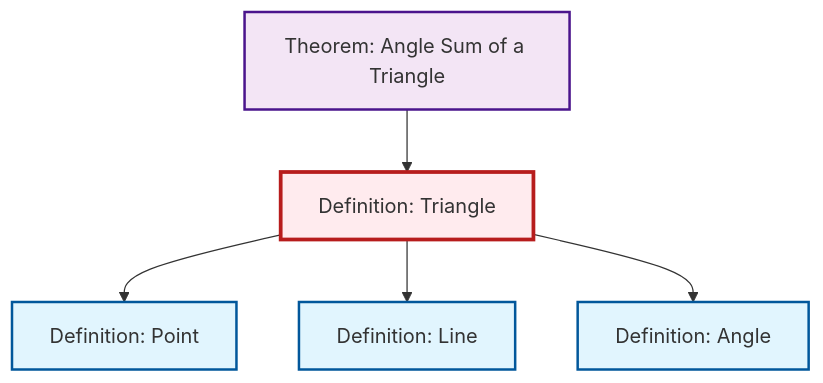
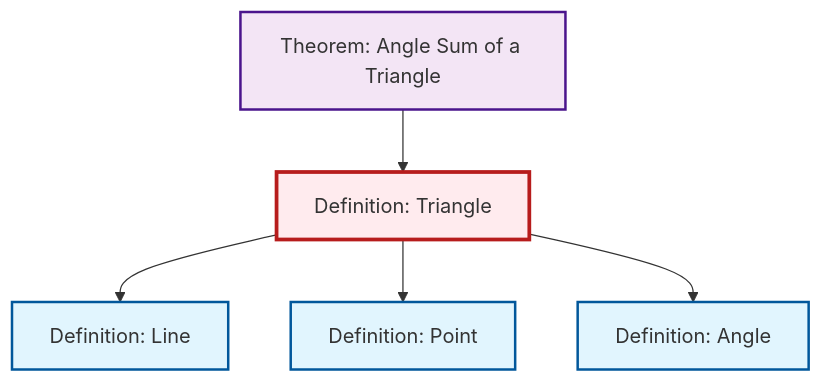
One commit to RK0429/ModernMath changed the diagram in content/en/geometry/def-triangle.qmd. Above: the diagram before and after it, drawn with Mermaid. The commit also changed other lines of this file and 615 other files, not shown here.

````diff
--- a/content/en/geometry/def-triangle.qmd
+++ b/content/en/geometry/def-triangle.qmd
@@ -59,23 +59,23 @@
 ```{mermaid}
 %%| fig-cap: "Local dependency graph"
 graph TD
     classDef definition fill:#e1f5fe,stroke:#01579b,stroke-width:2px
     classDef theorem fill:#f3e5f5,stroke:#4a148c,stroke-width:2px
     classDef axiom fill:#fff3e0,stroke:#e65100,stroke-width:2px
     classDef example fill:#e8f5e9,stroke:#1b5e20,stroke-width:2px
     classDef current fill:#ffebee,stroke:#b71c1c,stroke-width:3px
+    def-line["Definition: Line"]:::definition
     def-triangle["Definition: Triangle"]:::definition
-    def-point["Definition: Point"]:::definition
-    def-line["Definition: Line"]:::definition
     thm-angle-sum-triangle["Theorem: Angle Sum of a Triangle"]:::theorem
     def-angle["Definition: Angle"]:::definition
+    def-point["Definition: Point"]:::definition
+    def-triangle --> def-line
+    thm-angle-sum-triangle --> def-triangle
     def-triangle --> def-point
-    def-triangle --> def-line
     def-triangle --> def-angle
-    thm-angle-sum-triangle --> def-triangle
     class def-triangle current
-    click def-point "def-point.html" "Go to Point definition"
     click def-line "def-line.html" "Go to Line definition"
     click thm-angle-sum-triangle "thm-angle-sum-triangle.html" "Go to Angle Sum of a Triangle theorem"
     click def-angle "def-angle.html" "Go to Angle definition"
+    click def-point "def-point.html" "Go to Point definition"
 ```
````
